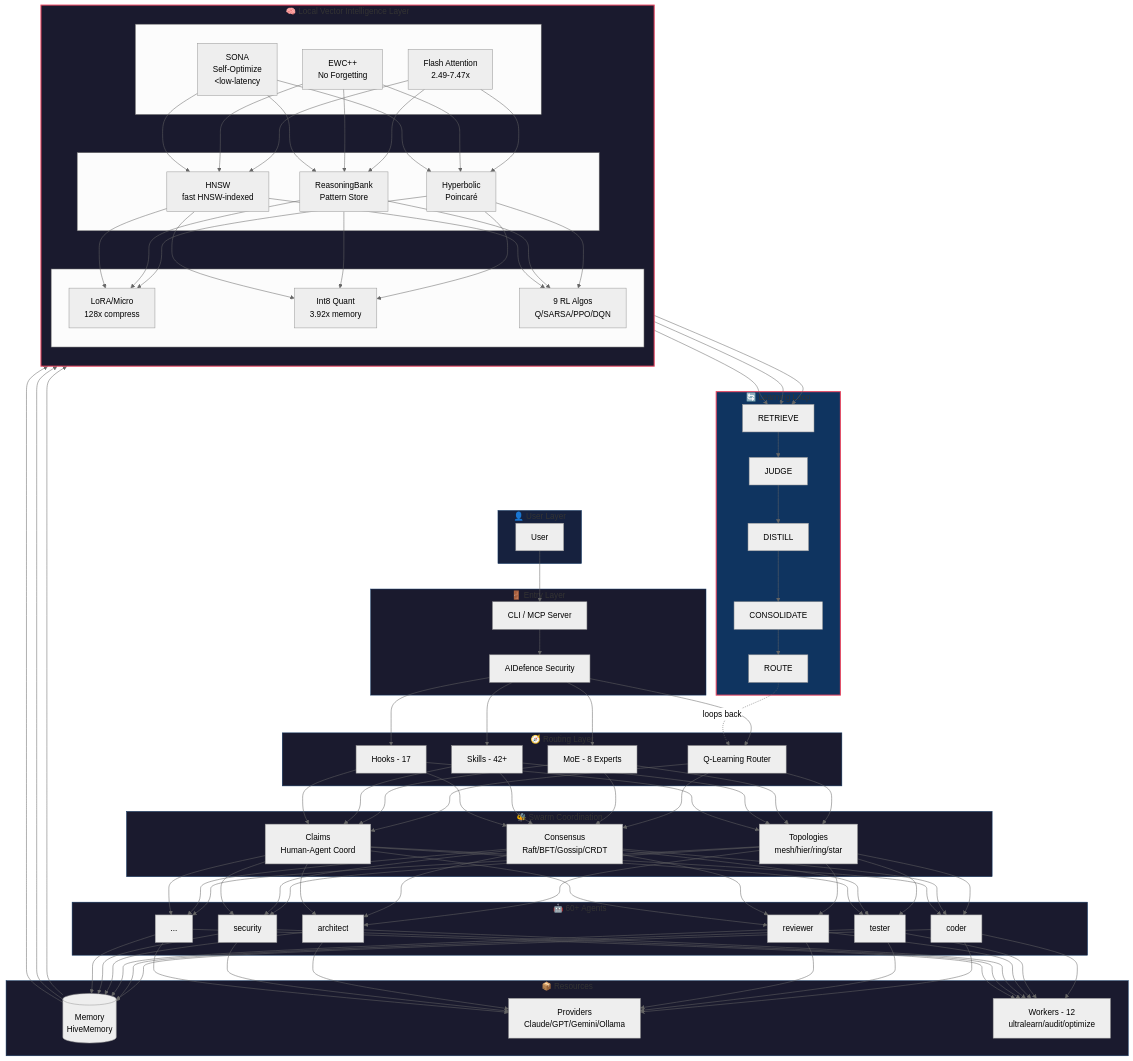
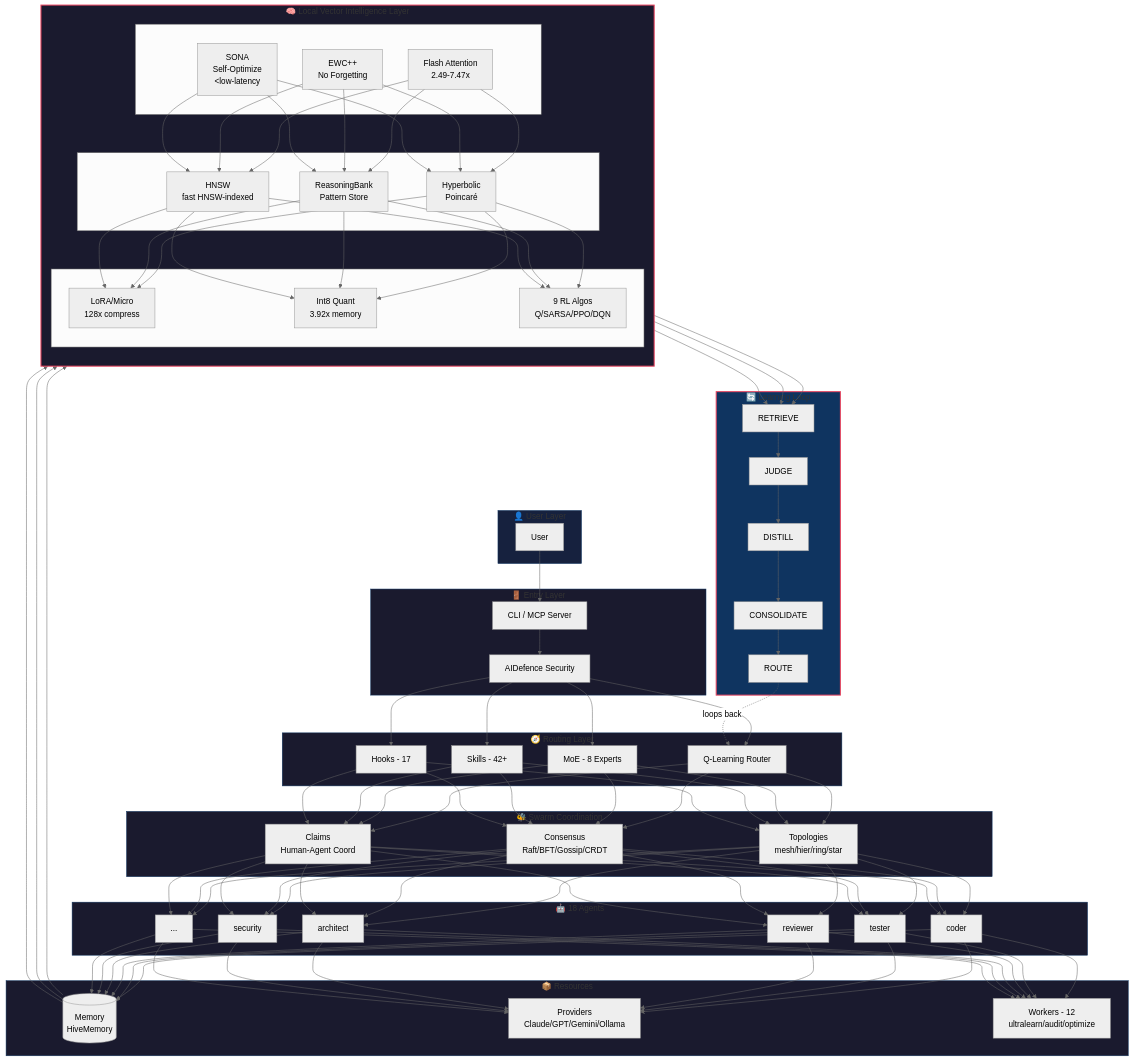
The first of 6 diagrams in v3/@hive-flow/cli/README.md (hypnwtykvmpr/hive-flow), drawn with Mermaid (neutral theme) before and after one commit. The commit also changed other lines of this file and 1 other file, not shown here.

```diff
--- a/v3/@hive-flow/cli/README.md
+++ b/v3/@hive-flow/cli/README.md
@@ -51,7 +51,7 @@
         CLM[Claims<br/>Human-Agent Coord]
     end
 
-    subgraph AGENTS["🤖 60+ Agents"]
+    subgraph AGENTS["🤖 18 Agents"]
         AG1[coder]
         AG2[tester]
         AG3[reviewer]
```
